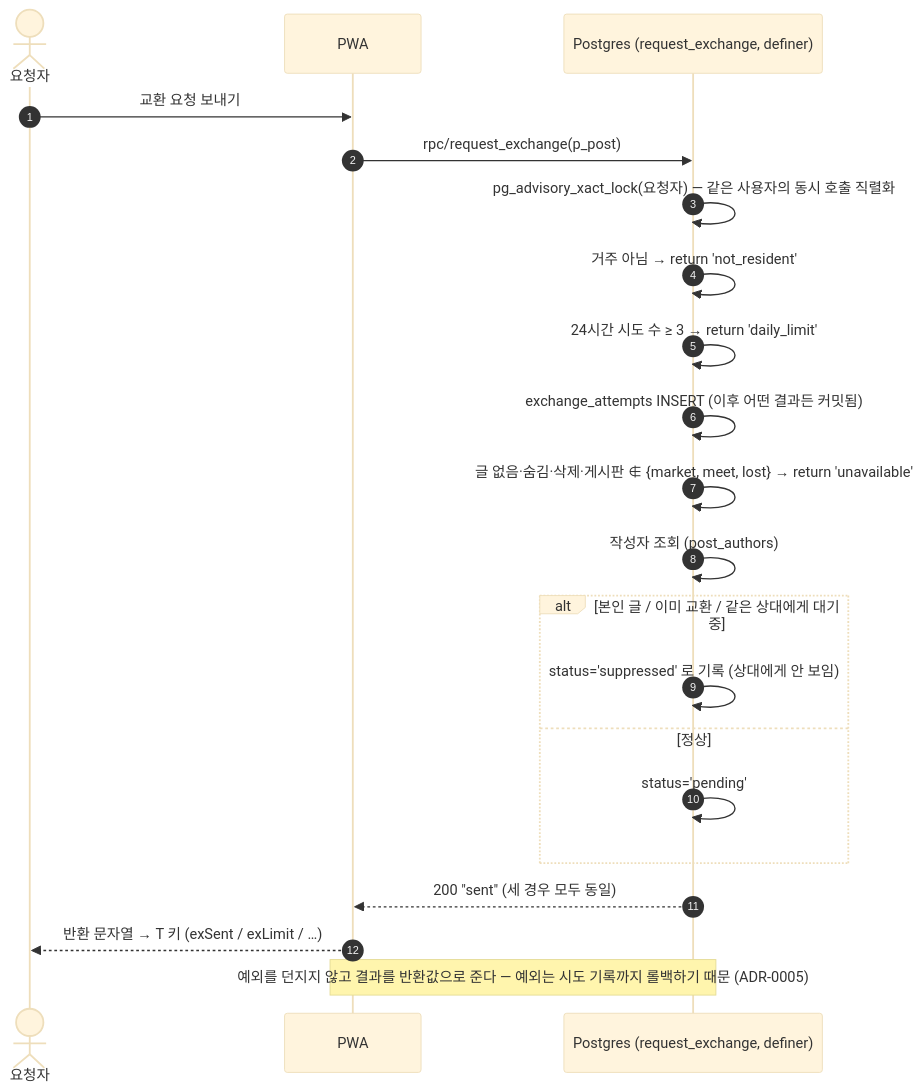
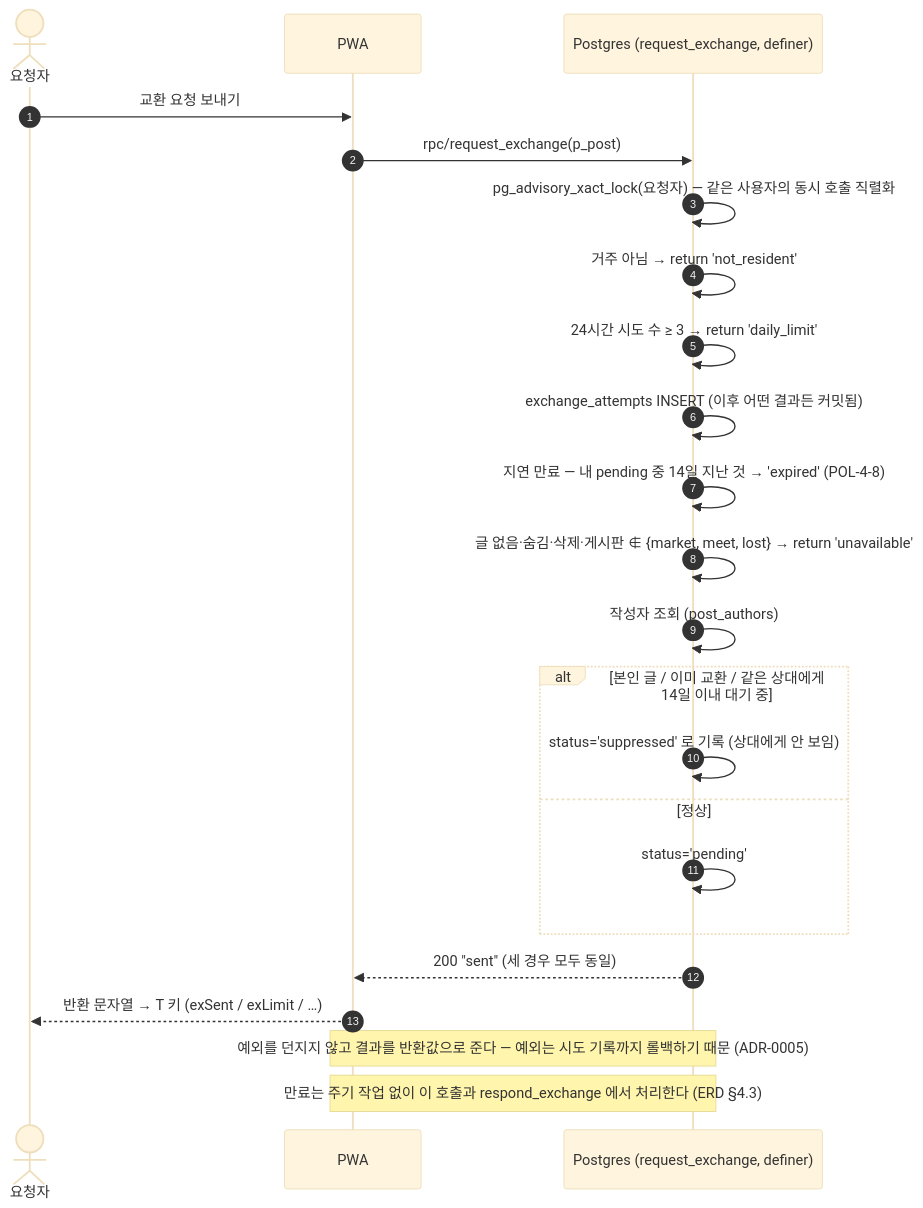
One commit to underthesun7213/yui-board changed the eighth of 9 diagrams in docs/architecture/rfc/0001-m1-backend-foundation.md. Above: the diagram before and after it, drawn with Mermaid (base theme). The commit also changed other lines of this file and 5 other files, not shown here.

````diff
--- a/docs/architecture/rfc/0001-m1-backend-foundation.md
+++ b/docs/architecture/rfc/0001-m1-backend-foundation.md
@@ -404,23 +404,25 @@
 ```mermaid
 sequenceDiagram
   autonumber
   actor B as 요청자
   participant P as PWA
   participant DB as Postgres (request_exchange, definer)
   B->>P: 교환 요청 보내기
   P->>DB: rpc/request_exchange(p_post)
   DB->>DB: pg_advisory_xact_lock(요청자) — 같은 사용자의 동시 호출 직렬화
   DB->>DB: 거주 아님 → return 'not_resident'
   DB->>DB: 24시간 시도 수 ≥ 3 → return 'daily_limit'
   DB->>DB: exchange_attempts INSERT (이후 어떤 결과든 커밋됨)
+  DB->>DB: 지연 만료 — 내 pending 중 14일 지난 것 → 'expired' (POL-4-8)
   DB->>DB: 글 없음·숨김·삭제·게시판 ∉ {market, meet, lost} → return 'unavailable'
   DB->>DB: 작성자 조회 (post_authors)
-  alt 본인 글 / 이미 교환 / 같은 상대에게 대기 중
+  alt 본인 글 / 이미 교환 / 같은 상대에게 14일 이내 대기 중
     DB->>DB: status='suppressed' 로 기록 (상대에게 안 보임)
   else 정상
     DB->>DB: status='pending'
   end
   DB-->>P: 200 "sent" (세 경우 모두 동일)
   P-->>B: 반환 문자열 → T 키 (exSent / exLimit / …)
   Note over P,DB: 예외를 던지지 않고 결과를 반환값으로 준다 — 예외는 시도 기록까지 롤백하기 때문 (ADR-0005)
+  Note over P,DB: 만료는 주기 작업 없이 이 호출과 respond_exchange 에서 처리한다 (ERD §4.3)
 ```
````
